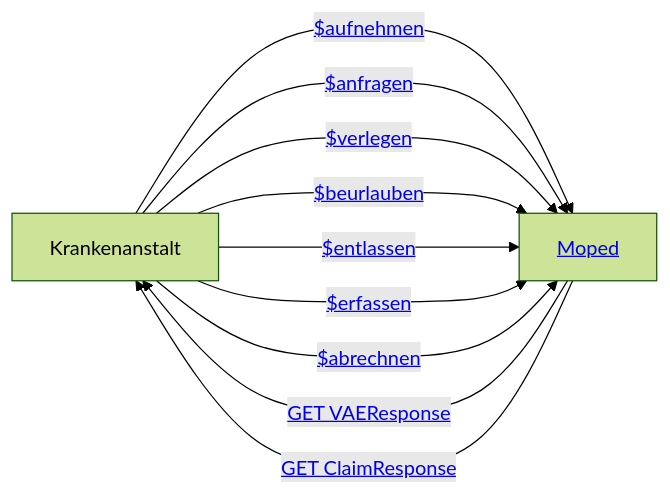
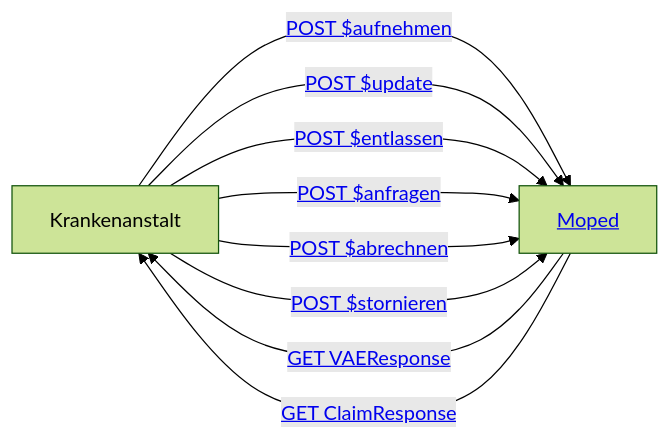
One commit to HL7Austria/ELGA-MOPED-R5 changed the second of 5 diagrams in input/pagecontent/actors.md. Above: the diagram before and after it, drawn with Mermaid (forest theme). The commit also changed other lines of this file and 5 other files, not shown here.

Commit message:
#388 #569 updated process diagrams and added content

```diff
--- a/input/pagecontent/actors.md
+++ b/input/pagecontent/actors.md
@@ -40,14 +37,13 @@
 <pre class="mermaid">
     graph LR
     KH[Krankenanstalt]
     Moped[<a href="#top">Moped</a>] 
-    KH --->|<a href="OperationDefinition-MOPED.Patient.Aufnehmen.html"> $aufnehmen</a>| Moped 
-    KH -->|<a href="OperationDefinition-MOPED.VAERequest.Anfragen.html"> $anfragen</a>| Moped
-    KH -->|<a href="OperationDefinition-MOPED.Patient.Verlegen.html"> $verlegen</a>| Moped
-    KH -->|<a href="OperationDefinition-MOPED.Patient.Beurlauben.html"> $beurlauben</a>| Moped
-    KH -->|<a href="OperationDefinition-MOPED.Patient.Entlassen.html"> $entlassen</a>| Moped 
-    KH -->|<a href="OperationDefinition-MOPED.Encounter.erfassen.html">$erfassen</a>| Moped
-    KH -->|<a href="OperationDefinition-MOPED.Encounter.Abrechnen.html"> $abrechnen</a>| Moped
+    KH --->|<a href="OperationDefinition-MOPED.Patient.Aufnehmen.html"> POST $aufnehmen</a>| Moped 
+    KH -->|<a href="TBD"> POST $update</a>| Moped
+    KH -->|<a href="OperationDefinition-MOPED.Patient.Entlassen.html"> POST $entlassen</a>| Moped
+    KH -->|<a href="TBD"> POST $anfragen</a>| Moped
+    KH -->|<a href="OperationDefinition-MOPED.Encounter.Abrechnen.html"> POST $abrechnen</a>| Moped
+    KH -->|<a href="TBD"> POST $stornieren</a>| Moped
     Moped -->|<a href="StructureDefinition-MopedVAEResponse.html"> GET VAEResponse</a>| KH
     Moped --->|<a href="StructureDefinition-MopedLKFResponse.html"> GET ClaimResponse</a>| KH
 </pre>
```
